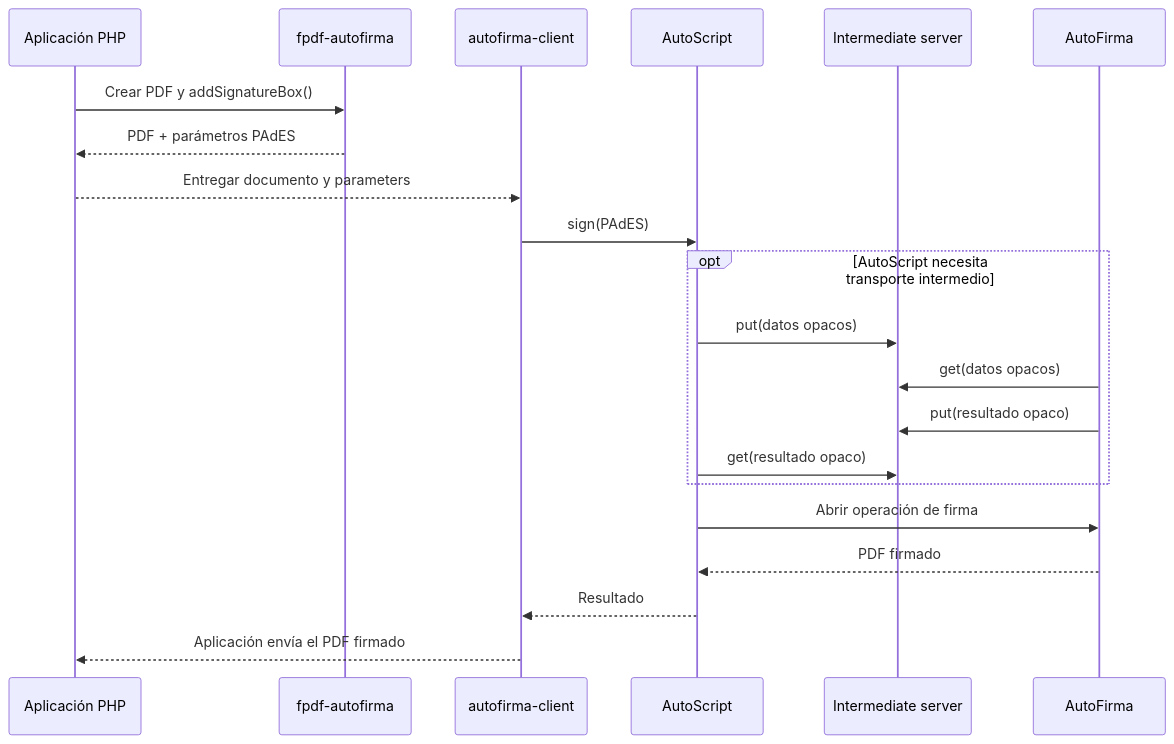
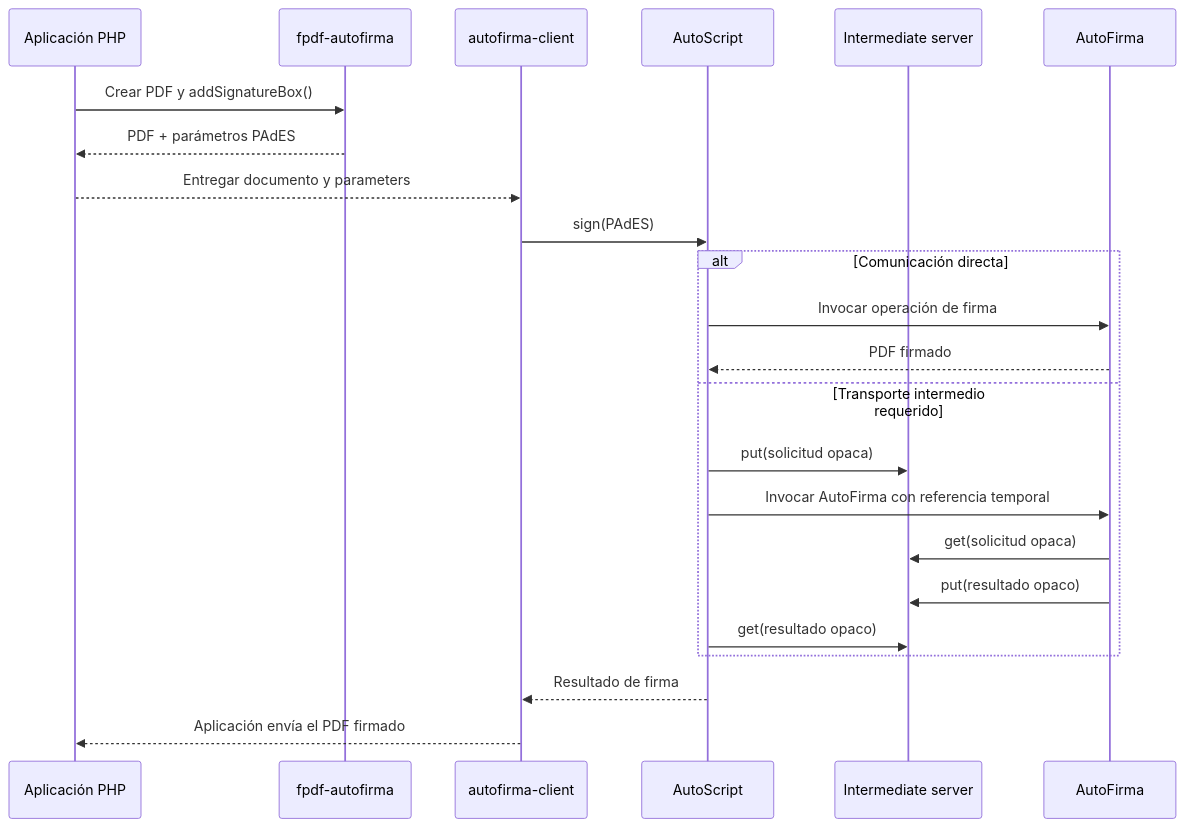
One commit to erseco/fpdf-autofirma changed the second of 2 diagrams in docs/arquitectura.md. Above: the diagram before and after it, drawn with Mermaid.

Commit message:
Clarify direct and intermediate signing flows

````diff
--- a/docs/arquitectura.md
+++ b/docs/arquitectura.md
@@ -110,24 +110,28 @@
 ```mermaid
 sequenceDiagram
     participant PHP as Aplicación PHP
     participant FPDF as fpdf-autofirma
     participant JS as autofirma-client
     participant AS as AutoScript
     participant IS as Intermediate server
     participant AF as AutoFirma
 
     PHP->>FPDF: Crear PDF y addSignatureBox()
     FPDF-->>PHP: PDF + parámetros PAdES
     PHP-->>JS: Entregar documento y parameters
     JS->>AS: sign(PAdES)
-    opt AutoScript necesita transporte intermedio
-        AS->>IS: put(datos opacos)
-        AF->>IS: get(datos opacos)
+
+    alt Comunicación directa
+        AS->>AF: Invocar operación de firma
+        AF-->>AS: PDF firmado
+    else Transporte intermedio requerido
+        AS->>IS: put(solicitud opaca)
+        AS->>AF: Invocar AutoFirma con referencia temporal
+        AF->>IS: get(solicitud opaca)
         AF->>IS: put(resultado opaco)
         AS->>IS: get(resultado opaco)
     end
-    AS->>AF: Abrir operación de firma
-    AF-->>AS: PDF firmado
-    AS-->>JS: Resultado
+
+    AS-->>JS: Resultado de firma
     JS-->>PHP: Aplicación envía el PDF firmado
 ```
````
